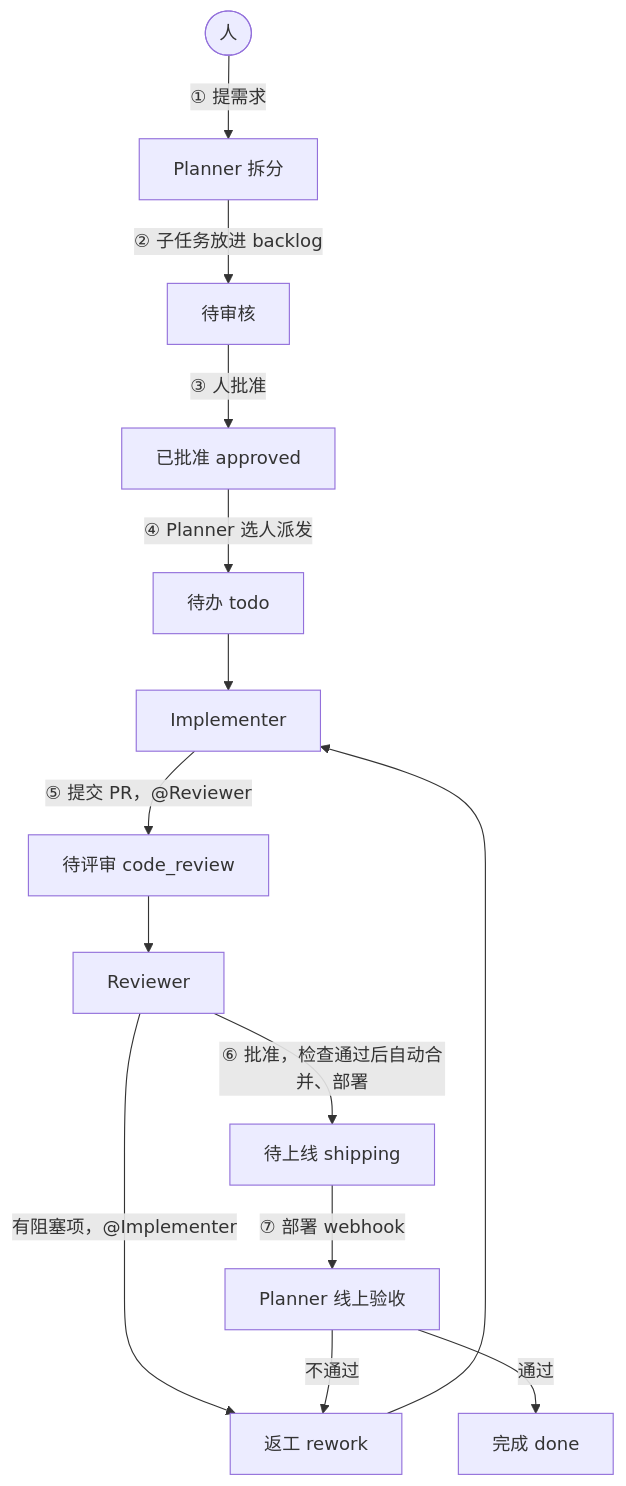
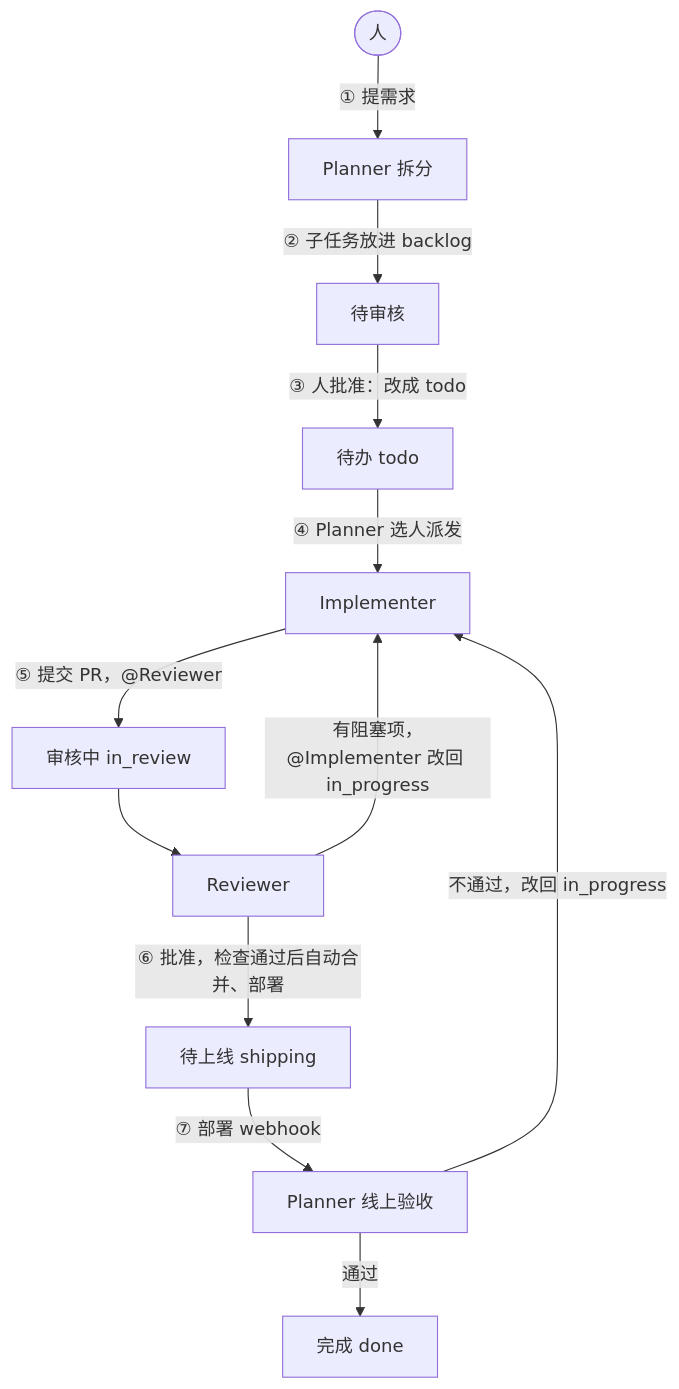
The diagram in README.md (autoteam-ai/autoteam), drawn with Mermaid before and after one commit. The commit also changed other lines of this file and 11 other files, not shown here.

````diff
--- a/README.md
+++ b/README.md
@@ -11,16 +11,14 @@
 ```mermaid
 flowchart TD
     H(["人"]) -->|"① 提需求"| P1["Planner 拆分"]
     P1 -->|"② 子任务放进 backlog"| BL["待审核"]
-    BL -->|"③ 人批准"| AP["已批准 approved"]
-    AP -->|"④ Planner 选人派发"| TODO["待办 todo"]
-    TODO --> I["Implementer"]
-    I -->|"⑤ 提交 PR，@Reviewer"| CR["待评审 code_review"]
+    BL -->|"③ 人批准：改成 todo"| TODO["待办 todo"]
+    TODO -->|"④ Planner 选人派发"| I["Implementer"]
+    I -->|"⑤ 提交 PR，@Reviewer"| CR["审核中 in_review"]
     CR --> R["Reviewer"]
-    R -->|"有阻塞项，@Implementer"| RW["返工 rework"]
-    RW --> I
+    R -->|"有阻塞项，@Implementer 改回 in_progress"| I
     R -->|"⑥ 批准，检查通过后自动合并、部署"| SH["待上线 shipping"]
     SH -->|"⑦ 部署 webhook"| P2["Planner 线上验收"]
     P2 -->|"通过"| DONE["完成 done"]
-    P2 -->|"不通过"| RW
+    P2 -->|"不通过，改回 in_progress"| I
 ```
````
